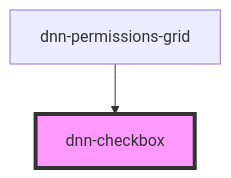
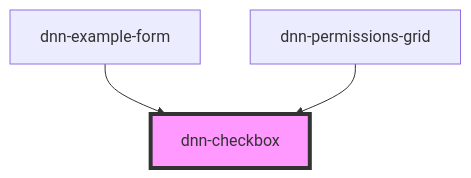
Before and after one commit to DNNCommunity/dnn-elements: the diagram in packages/stencil-library/src/components/dnn-checkbox/readme.md, drawn with Mermaid. The commit also changed other lines of this file and 17 other files, not shown here.

````diff
--- a/packages/stencil-library/src/components/dnn-checkbox/readme.md
+++ b/packages/stencil-library/src/components/dnn-checkbox/readme.md
@@ -48,5 +49,6 @@
 ```mermaid
 graph TD;
+  dnn-example-form --> dnn-checkbox
   dnn-permissions-grid --> dnn-checkbox
   style dnn-checkbox fill:#f9f,stroke:#333,stroke-width:4px
 ```
````
